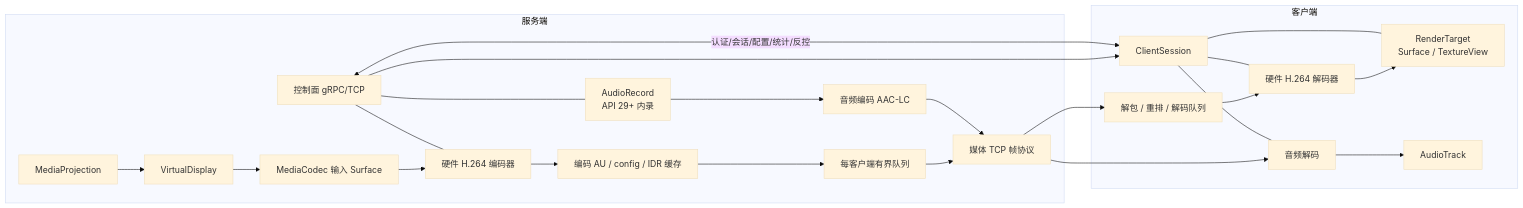
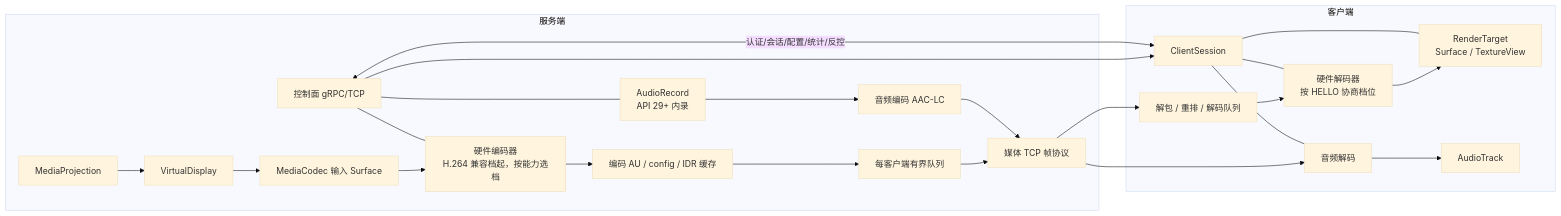
Before and after one commit to obby-xiang/LocalScreenShareAndroid: the first of 8 diagrams in docs/media-architecture.md, drawn with Mermaid (base theme). The commit also changed other lines of this file and 8 other files, not shown here.

````diff
--- a/docs/media-architecture.md
+++ b/docs/media-architecture.md
@@ -36,30 +37,30 @@
 ```mermaid
 flowchart LR
     subgraph Server[服务端]
         MP[MediaProjection] --> VD[VirtualDisplay]
         VD --> IS[MediaCodec 输入 Surface]
-        IS --> ENC[硬件 H.264 编码器]
+        IS --> ENC[硬件编码器<br/>H.264 兼容档起，按能力选档]
         ENC --> AU[编码 AU / config / IDR 缓存]
         AU --> FAN[每客户端有界队列]
         FAN --> MT[媒体 TCP 帧协议]
         CP[控制面 gRPC/TCP]
         AUD[AudioRecord<br/>API 29+ 内录] --> AC[音频编码 AAC-LC]
         AC --> MT
         CP --- ENC
         CP --- AUD
     end
 
     subgraph Client[客户端]
         MT --> DQ[解包 / 重排 / 解码队列]
-        DQ --> DEC[硬件 H.264 解码器]
+        DQ --> DEC[硬件解码器<br/>按 HELLO 协商档位]
         DEC --> RT[RenderTarget<br/>Surface / TextureView]
         MT --> AD[音频解码]
         AD --> AT[AudioTrack]
         CP --> CS[ClientSession]
         CS --- DEC
         CS --- AD
         CS --- RT
     end
 
     CP <-->|认证/会话/配置/统计/反控| CS
 ```
````
